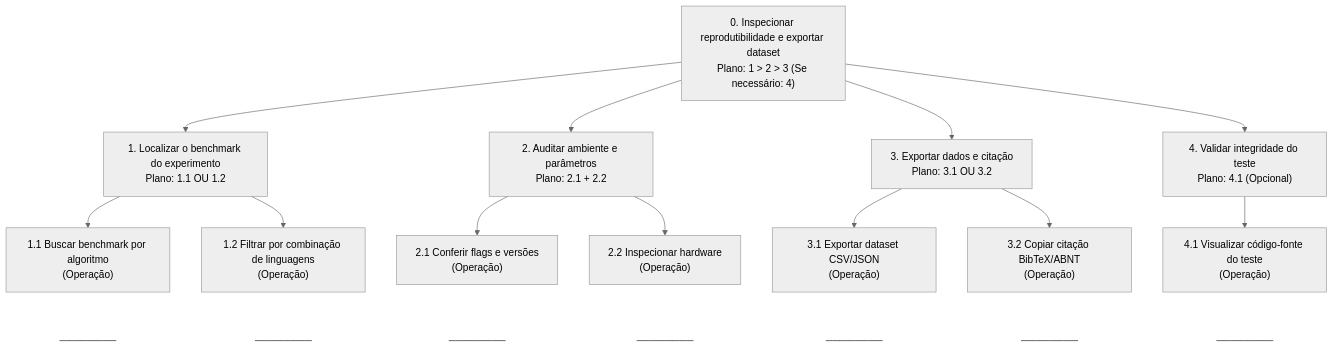
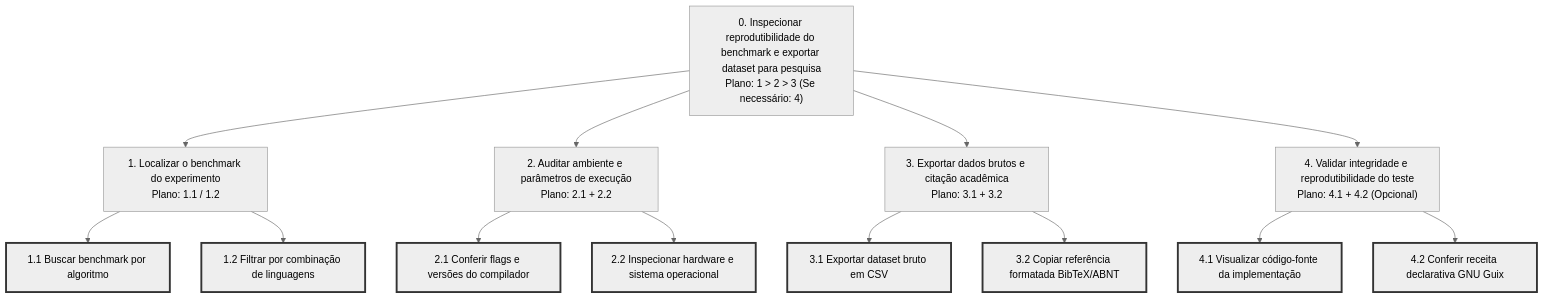
One commit to augustotx/ihc2026 changed the third of 4 diagrams in docs/05_analise_tarefas.md. Above: the diagram before and after it, drawn with Mermaid (neutral theme). The commit also changed other lines of this file, not shown here.

````diff
--- a/docs/05_analise_tarefas.md
+++ b/docs/05_analise_tarefas.md
@@ -272,53 +257,34 @@
 ```mermaid
 graph TD
-    N0["0. Inspecionar reprodutibilidade e exportar dataset<br />Plano: 1 > 2 > 3 (Se necessário: 4)"]
-    N1["1. Localizar o benchmark do experimento<br />Plano: 1.1 OU 1.2"]
-    N2["2. Auditar ambiente e parâmetros<br />Plano: 2.1 + 2.2"]
-    N3["3. Exportar dados e citação<br />Plano: 3.1 OU 3.2"]
-    N4["4. Validar integridade do teste<br />Plano: 4.1 (Opcional)"]
+    N0["0. Inspecionar reprodutibilidade do benchmark e exportar dataset para pesquisa<br />Plano: 1 > 2 > 3 (Se necessário: 4)"]
+    N1["1. Localizar o benchmark do experimento<br />Plano: 1.1 / 1.2"]
+    N2["2. Auditar ambiente e parâmetros de execução<br />Plano: 2.1 + 2.2"]
+    N3["3. Exportar dados brutos e citação acadêmica<br />Plano: 3.1 + 3.2"]
+    N4["4. Validar integridade e reprodutibilidade do teste<br />Plano: 4.1 + 4.2 (Opcional)"]
 
-    N1_1["<div>1.1 Buscar benchmark por algoritmo<br />(Operação)</div>"]
-    N1_2["<div>1.2 Filtrar por combinação de linguagens<br />(Operação)</div>"]
-    N2_1["<div>2.1 Conferir flags e versões<br />(Operação)</div>"]
-    N2_2["<div>2.2 Inspecionar hardware<br />(Operação)</div>"]
-    N3_1["<div>3.1 Exportar dataset CSV/JSON<br />(Operação)</div>"]
-    N3_2["<div>3.2 Copiar citação BibTeX/ABNT<br />(Operação)</div>"]
-    N4_1["<div>4.1 Visualizar código-fonte do teste<br />(Operação)</div>"]
-
-    N1_1_L["────────"]
-    N1_2_L["────────"]
-    N2_1_L["────────"]
-    N2_2_L["────────"]
-    N3_1_L["────────"]
-    N3_2_L["────────"]
-    N4_1_L["────────"]
+    N1_1["1.1 Buscar benchmark por algoritmo"]
+    N1_2["1.2 Filtrar por combinação de linguagens"]
+    N2_1["2.1 Conferir flags e versões do compilador"]
+    N2_2["2.2 Inspecionar hardware e sistema operacional"]
+    N3_1["3.1 Exportar dataset bruto em CSV"]
+    N3_2["3.2 Copiar referência formatada BibTeX/ABNT"]
+    N4_1["4.1 Visualizar código-fonte da implementação"]
+    N4_2["4.2 Conferir receita declarativa GNU Guix"]
 
     N0 --> N1
     N0 --> N2
     N0 --> N3
     N0 --> N4
 
     N1 --> N1_1
     N1 --> N1_2
     N2 --> N2_1
     N2 --> N2_2
     N3 --> N3_1
     N3 --> N3_2
     N4 --> N4_1
+    N4 --> N4_2
 
-    N1_1 ~~~ N1_1_L
-    N1_2 ~~~ N1_2_L
-    N2_1 ~~~ N2_1_L
-    N2_2 ~~~ N2_2_L
-    N3_1 ~~~ N3_1_L
-    N3_2 ~~~ N3_2_L
-    N4_1 ~~~ N4_1_L
-
-    style N1_1_L fill:none,stroke:none,color:#333
-    style N1_2_L fill:none,stroke:none,color:#333
-    style N2_1_L fill:none,stroke:none,color:#333
-    style N2_2_L fill:none,stroke:none,color:#333
-    style N3_1_L fill:none,stroke:none,color:#333
-    style N3_2_L fill:none,stroke:none,color:#333
-    style N4_1_L fill:none,stroke:none,color:#333
+    classDef terminal stroke-width:3px,stroke:#333;
+    class N1_1,N1_2,N2_1,N2_2,N3_1,N3_2,N4_1,N4_2 terminal;
 ```
````
